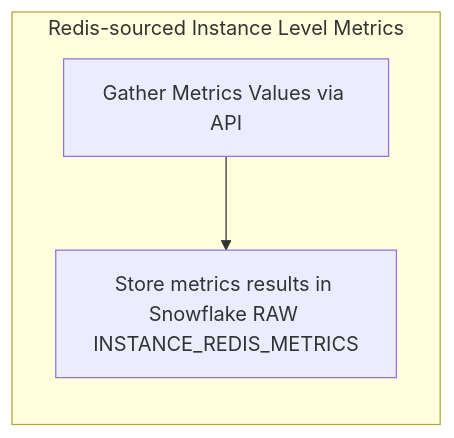
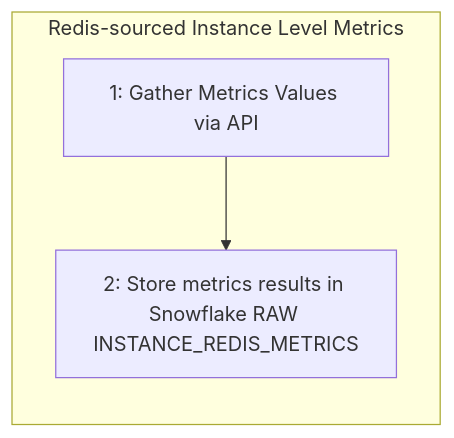
Before and after one commit to secretstartups/handbook: the second of 3 diagrams in business-technology/data-team/data-catalog/saas-service-ping-automation/index.html.md, drawn with Mermaid. The commit also changed other lines of this file, not shown here.

````diff
--- a/business-technology/data-team/data-catalog/saas-service-ping-automation/index.html.md
+++ b/business-technology/data-team/data-catalog/saas-service-ping-automation/index.html.md
@@ -82,6 +88,6 @@
 ```mermaid
 graph LR
 subgraph Redis-sourced Instance Level Metrics
-B[Gather Metrics Values via API] --> C[Store metrics results in Snowflake RAW INSTANCE_REDIS_METRICS]
+B[1: Gather Metrics Values via API] --> C[2: Store metrics results in Snowflake RAW INSTANCE_REDIS_METRICS]
 end
 ```
````
